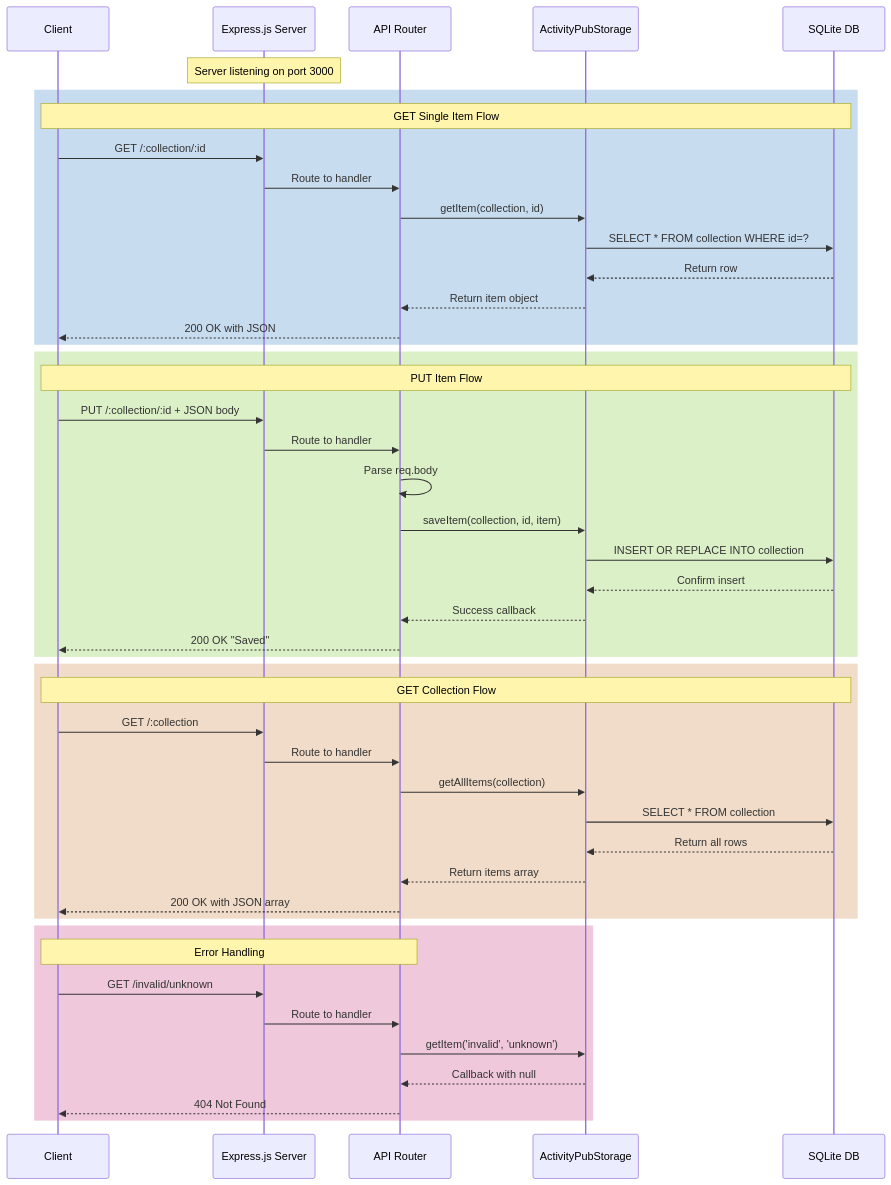
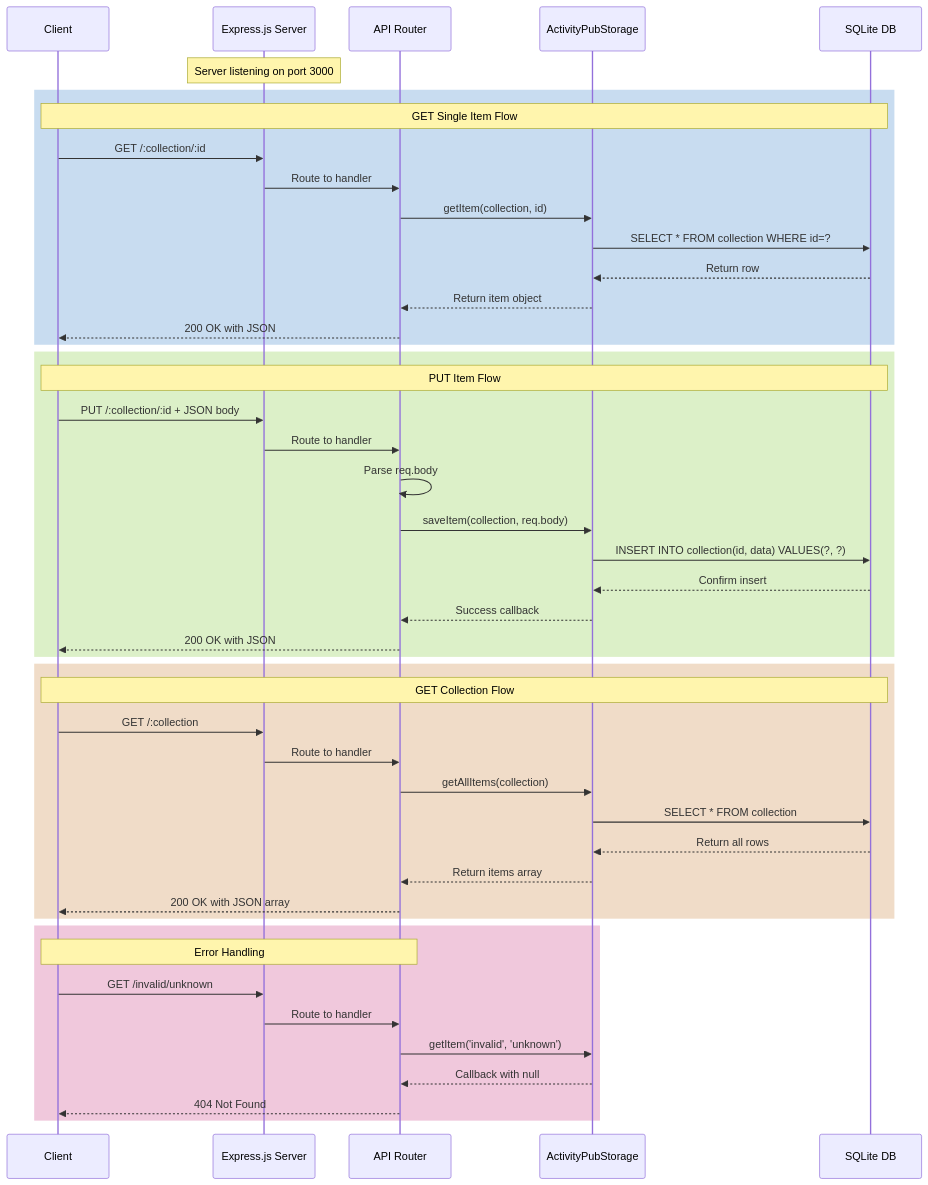
The fourth of 10 diagrams in diagrams/activitypub/ACTIVITYPUB_INTEGRATION.md (Shitikyan/node), drawn with Mermaid before and after one commit. The commit also changed other lines of this file and 3 other files, not shown here.

````diff
--- a/diagrams/activitypub/ACTIVITYPUB_INTEGRATION.md
+++ b/diagrams/activitypub/ACTIVITYPUB_INTEGRATION.md
@@ -304,53 +294,53 @@
 ```mermaid
 sequenceDiagram
     participant Client
     participant ExpressApp as Express.js Server
     participant Router as API Router
     participant Storage as ActivityPubStorage
     participant SQLite as SQLite DB
 
     Note over ExpressApp: Server listening on port 3000
 
     rect rgb(200, 220, 240)
         Note over Client,SQLite: GET Single Item Flow
         Client->>ExpressApp: GET /:collection/:id
         ExpressApp->>Router: Route to handler
         Router->>Storage: getItem(collection, id)
         Storage->>SQLite: SELECT * FROM collection WHERE id=?
         SQLite-->>Storage: Return row
         Storage-->>Router: Return item object
         Router-->>Client: 200 OK with JSON
     end
 
     rect rgb(220, 240, 200)
         Note over Client,SQLite: PUT Item Flow
         Client->>ExpressApp: PUT /:collection/:id + JSON body
         ExpressApp->>Router: Route to handler
         Router->>Router: Parse req.body
-        Router->>Storage: saveItem(collection, id, item)
-        Storage->>SQLite: INSERT OR REPLACE INTO collection
+        Router->>Storage: saveItem(collection, req.body)
+        Storage->>SQLite: INSERT INTO collection(id, data) VALUES(?, ?)
         SQLite-->>Storage: Confirm insert
         Storage-->>Router: Success callback
-        Router-->>Client: 200 OK "Saved"
+        Router-->>Client: 200 OK with JSON
     end
 
     rect rgb(240, 220, 200)
         Note over Client,SQLite: GET Collection Flow
         Client->>ExpressApp: GET /:collection
         ExpressApp->>Router: Route to handler
         Router->>Storage: getAllItems(collection)
         Storage->>SQLite: SELECT * FROM collection
         SQLite-->>Storage: Return all rows
         Storage-->>Router: Return items array
         Router-->>Client: 200 OK with JSON array
     end
 
     rect rgb(240, 200, 220)
         Note over Client,Router: Error Handling
         Client->>ExpressApp: GET /invalid/unknown
         ExpressApp->>Router: Route to handler
         Router->>Storage: getItem('invalid', 'unknown')
         Storage-->>Router: Callback with null
         Router-->>Client: 404 Not Found
     end
 ```
````
